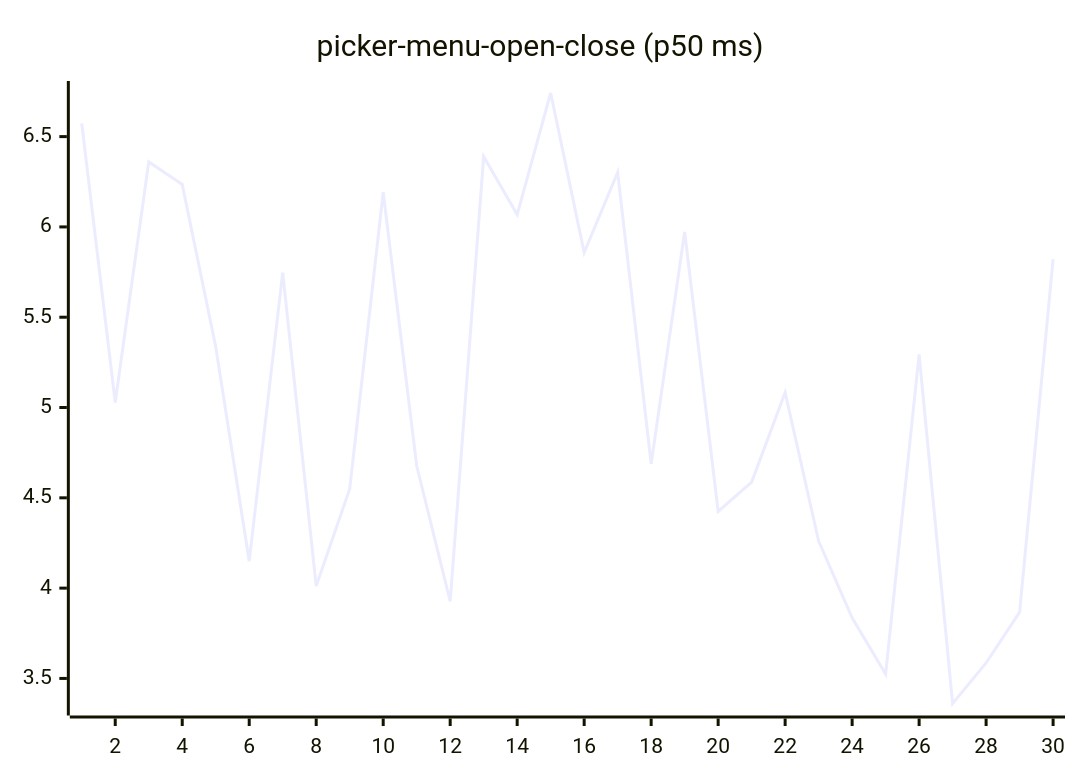
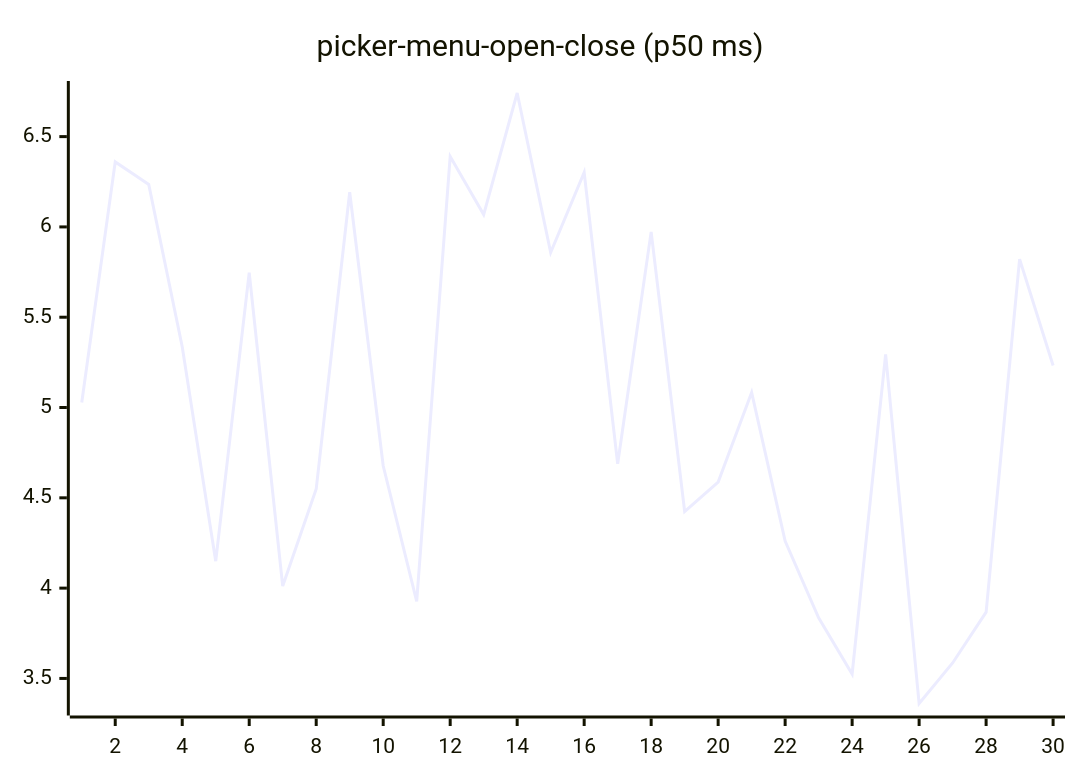
One commit to josha/Facet changed diagram 16 of 27 in README.md. Above: the diagram before and after it, drawn with Mermaid. The commit also changed other lines of this file and 2 other files, not shown here.

````diff
--- a/README.md
+++ b/README.md
@@ -168,6 +168,6 @@
 ```mermaid
 xychart-beta
     title "picker-menu-open-close (p50 ms)"
     x-axis 1 --> 30
-    line [6.5728, 5.0278, 6.3599, 6.2355, 5.3362, 4.1492, 5.7473, 4.0112, 4.5489, 6.1919, 4.6774, 3.9267, 6.3897, 6.0683, 6.7415, 5.8582, 6.3016, 4.6878, 5.9725, 4.4246, 4.5868, 5.0832, 4.2609, 3.8354, 3.5244, 5.2942, 3.3612, 3.5857, 3.8672, 5.8216]
+    line [5.0278, 6.3599, 6.2355, 5.3362, 4.1492, 5.7473, 4.0112, 4.5489, 6.1919, 4.6774, 3.9267, 6.3897, 6.0683, 6.7415, 5.8582, 6.3016, 4.6878, 5.9725, 4.4246, 4.5868, 5.0832, 4.2609, 3.8354, 3.5244, 5.2942, 3.3612, 3.5857, 3.8672, 5.8216, 5.2328]
 ```
````
